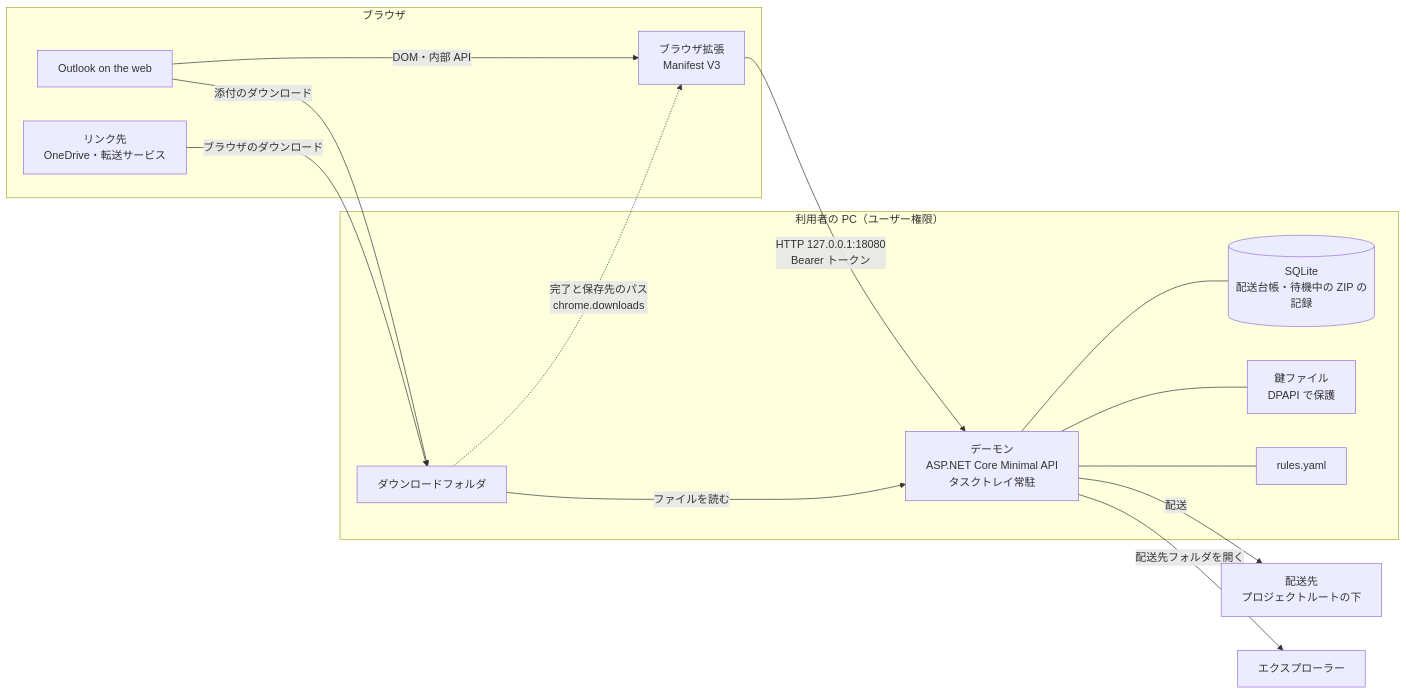
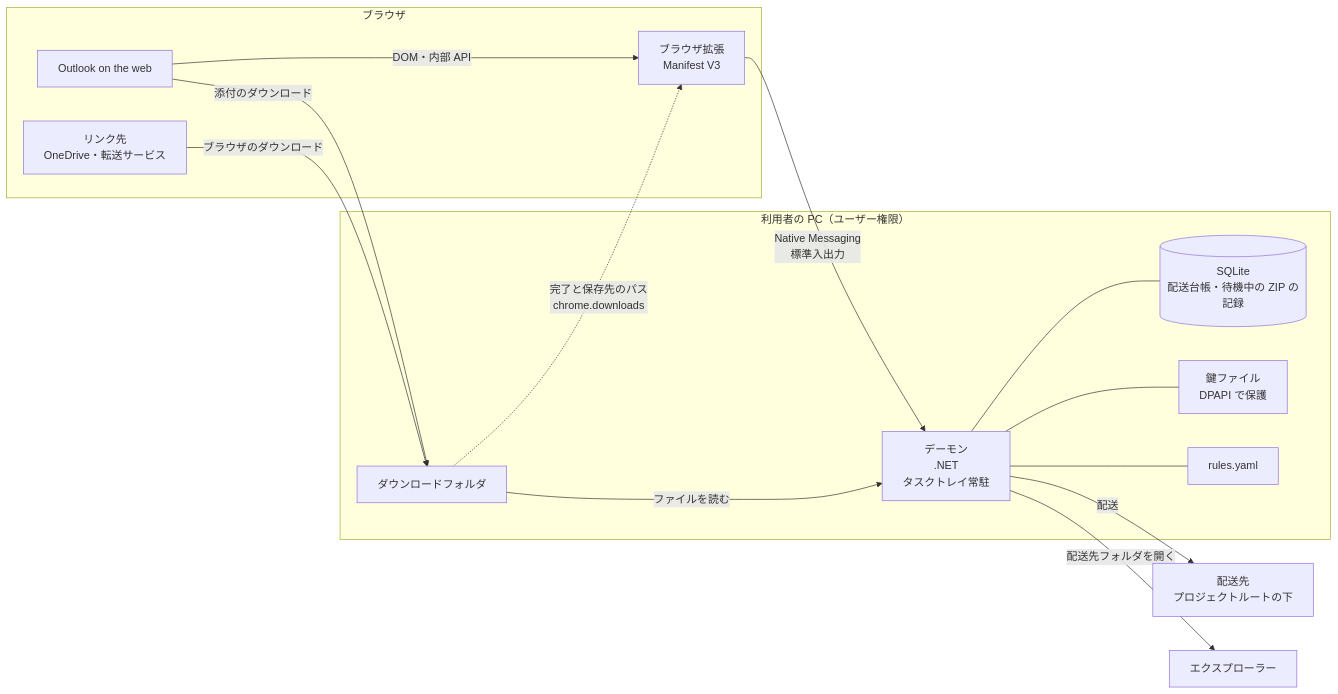
The first of 5 diagrams in docs/ARCHITECTURE.md (ShortArrow/ppapd), drawn with Mermaid before and after one commit. The commit also changed other lines of this file and 3 other files, not shown here.

First line of the commit message:
docs: ブラウザ拡張とデーモンを Native Messaging でつなぐ

````diff
--- a/docs/ARCHITECTURE.md
+++ b/docs/ARCHITECTURE.md
@@ -7,31 +7,31 @@
 ```mermaid
 flowchart LR
     subgraph Browser["ブラウザ"]
         OWA["Outlook on the web"]
         US["ブラウザ拡張<br/>Manifest V3"]
         LINK["リンク先<br/>OneDrive・転送サービス"]
         OWA -- "DOM・内部 API" --> US
     end
 
     subgraph PC["利用者の PC（ユーザー権限）"]
         DL["ダウンロードフォルダ"]
-        D["デーモン<br/>ASP.NET Core Minimal API<br/>タスクトレイ常駐"]
+        D["デーモン<br/>.NET<br/>タスクトレイ常駐"]
         DB[("SQLite<br/>配送台帳・待機中の ZIP の記録")]
         KEY["鍵ファイル<br/>DPAPI で保護"]
         CFG["rules.yaml"]
         D --- DB
         D --- KEY
         D --- CFG
     end
 
     DEST["配送先<br/>プロジェクトルートの下"]
     EXP["エクスプローラー"]
 
     OWA -- "添付のダウンロード" --> DL
     LINK -- "ブラウザのダウンロード" --> DL
     DL -. "完了と保存先のパス<br/>chrome.downloads" .-> US
-    US -- "HTTP 127.0.0.1:18080<br/>Bearer トークン" --> D
+    US -- "Native Messaging<br/>標準入出力" --> D
     DL -- "ファイルを読む" --> D
     D -- "配送" --> DEST
     D -- "配送先フォルダを開く" --> EXP
 ```
````
